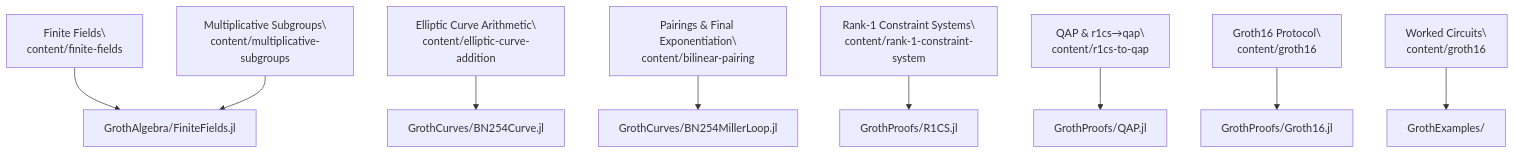
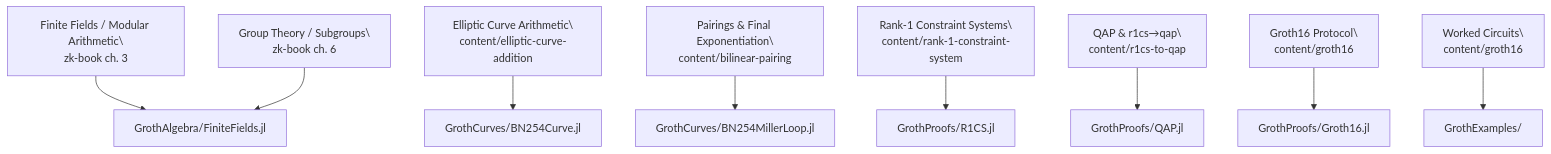
The diagram in docs/src/rareskills-map.md (0xpantera/Groth.jl), drawn with Mermaid before and after one commit. The commit also changed other lines of this file and 4 other files, not shown here.

Commit message:
docs: refresh architecture concept map

````diff
--- a/docs/src/rareskills-map.md
+++ b/docs/src/rareskills-map.md
@@ -12,11 +12,11 @@
 ```mermaid
 graph TD
-    FF["Finite Fields\\ncontent/finite-fields"] --> GA["GrothAlgebra/FiniteFields.jl"]
-    SUB["Multiplicative Subgroups\\ncontent/multiplicative-subgroups"] --> GA
+    FF["Finite Fields / Modular Arithmetic\\nzk-book ch. 3"] --> GA["GrothAlgebra/FiniteFields.jl"]
+    SUB["Group Theory / Subgroups\\nzk-book ch. 6"] --> GA
     ECC["Elliptic Curve Arithmetic\\ncontent/elliptic-curve-addition"] --> GC["GrothCurves/BN254Curve.jl"]
     PAIR["Pairings & Final Exponentiation\\ncontent/bilinear-pairing"] --> GP["GrothCurves/BN254MillerLoop.jl"]
     R1CS["Rank-1 Constraint Systems\\ncontent/rank-1-constraint-system"] --> PR1["GrothProofs/R1CS.jl"]
     QAP["QAP & r1cs→qap\\ncontent/r1cs-to-qap"] --> PQ["GrothProofs/QAP.jl"]
     G16["Groth16 Protocol\\ncontent/groth16"] --> PG["GrothProofs/Groth16.jl"]
     EX["Worked Circuits\\ncontent/groth16"] --> EXJ["GrothExamples/"]
 ```
````
